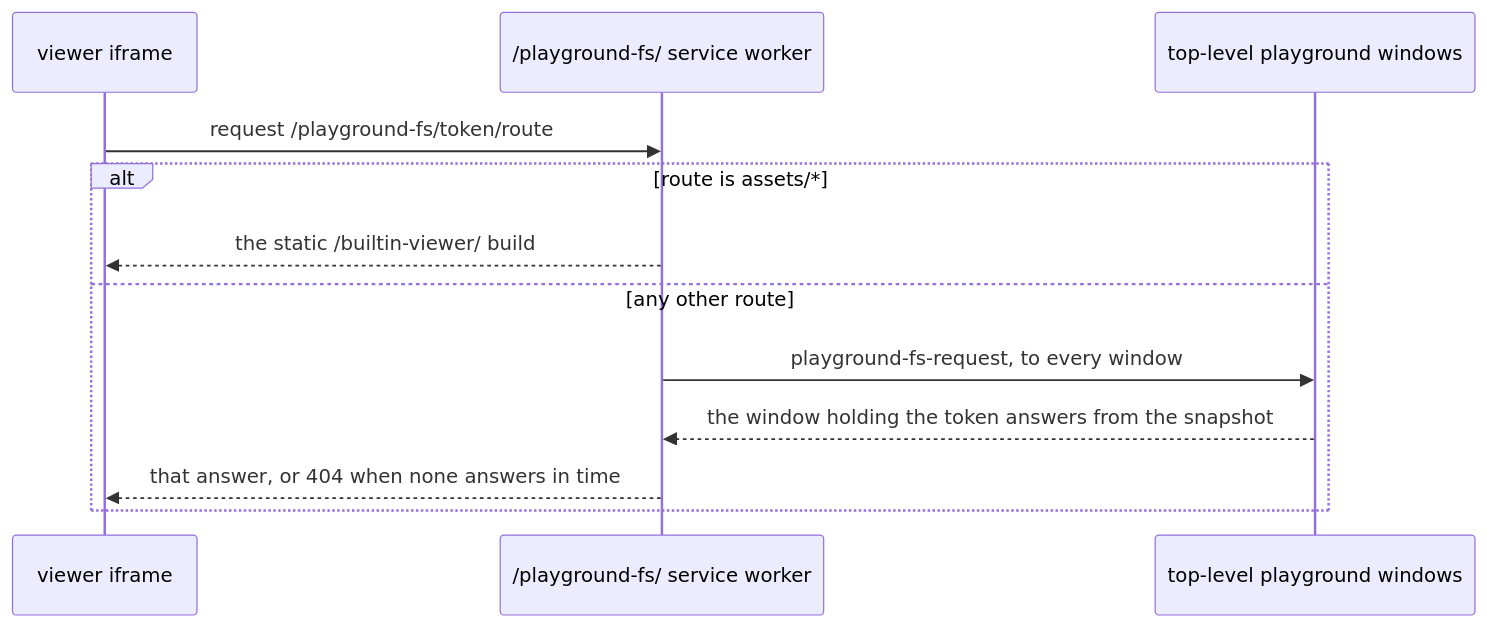
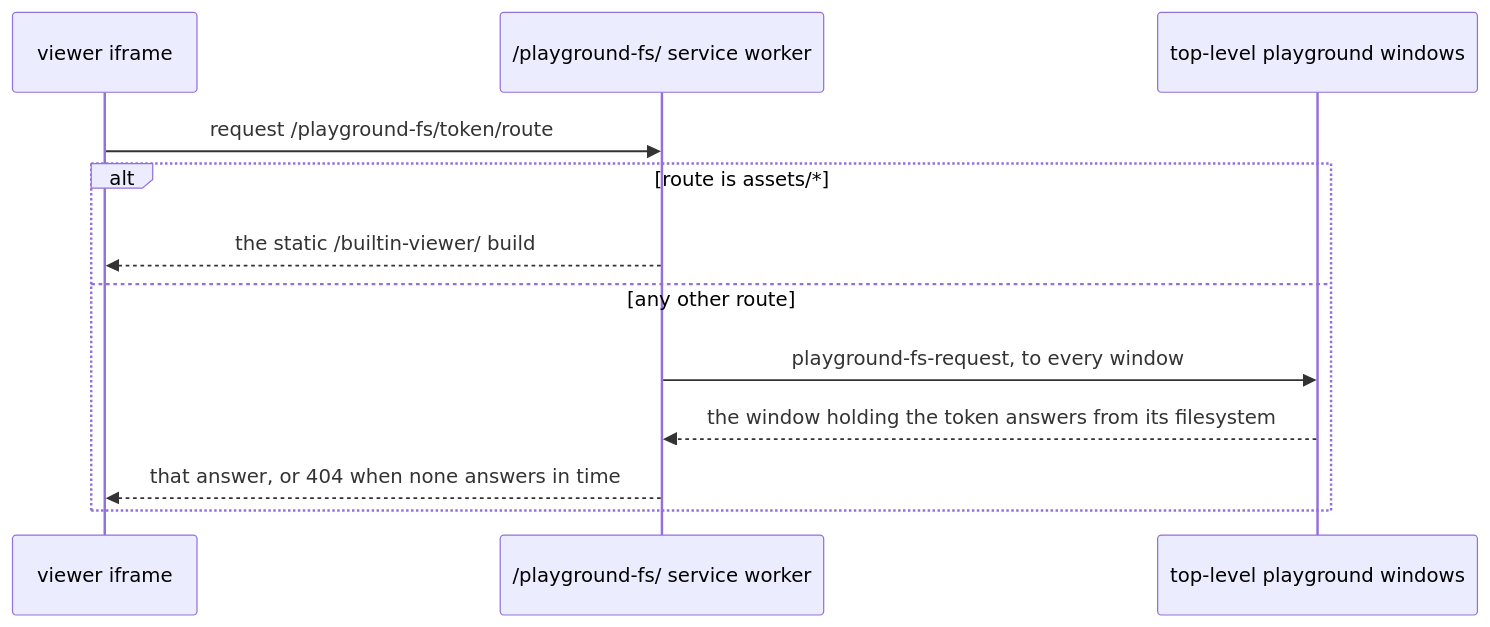
The diagram in docs/specs/tutorial.md (diffplug/dormouse), drawn with Mermaid before and after one commit. The commit also changed other lines of this file and 25 other files, not shown here.

````diff
--- a/docs/specs/tutorial.md
+++ b/docs/specs/tutorial.md
@@ -93,14 +94,14 @@
 ```mermaid
 sequenceDiagram
   participant F as viewer iframe
   participant SW as /playground-fs/ service worker
   participant P as top-level playground windows
   F->>SW: request /playground-fs/token/route
   alt route is assets/*
     SW-->>F: the static /builtin-viewer/ build
   else any other route
     SW->>P: playground-fs-request, to every window
-    P-->>SW: the window holding the token answers from the snapshot
+    P-->>SW: the window holding the token answers from its filesystem
     SW-->>F: that answer, or 404 when none answers in time
   end
 ```
````
